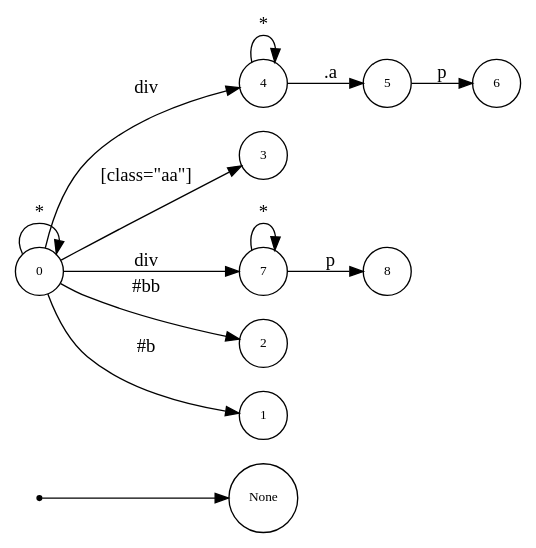
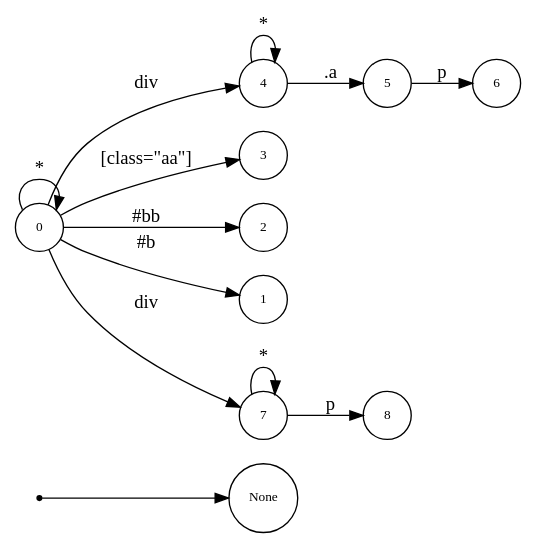
Before and after one commit to asukaminato0721/css-bitvector-compiler: the diagram in css-gen-op/testcase/dot_quad.dot, drawn with Graphviz. The commit also changed other lines of this file and 36 other files, not shown here.

```diff
--- a/css-gen-op/testcase/dot_quad.dot
+++ b/css-gen-op/testcase/dot_quad.dot
@@ -1,27 +1,27 @@
 digraph NFA {
   rankdir=LR;
   node [shape=circle, fontsize=10];
   __start [shape=point, label=""];
   __start -> None;
+  0 [label="0"];
+  6 [label="6"];
   4 [label="4"];
+  3 [label="3"];
+  2 [label="2"];
+  5 [label="5"];
+  1 [label="1"];
   8 [label="8"];
-  6 [label="6"];
-  3 [label="3"];
   7 [label="7"];
-  2 [label="2"];
-  0 [label="0"];
-  1 [label="1"];
-  5 [label="5"];
   { node [shape=doublecircle]; 1 2 3 6 8 }
   0 -> 0 [label="*"];
   0 -> 1 [label="#b"];
   0 -> 2 [label="#bb"];
   0 -> 3 [label="[class=\"aa\"]"];
   0 -> 4 [label="div"];
   4 -> 4 [label="*"];
   4 -> 5 [label=".a"];
   5 -> 6 [label="p"];
   0 -> 7 [label="div"];
   7 -> 7 [label="*"];
   7 -> 8 [label="p"];
 }
```
